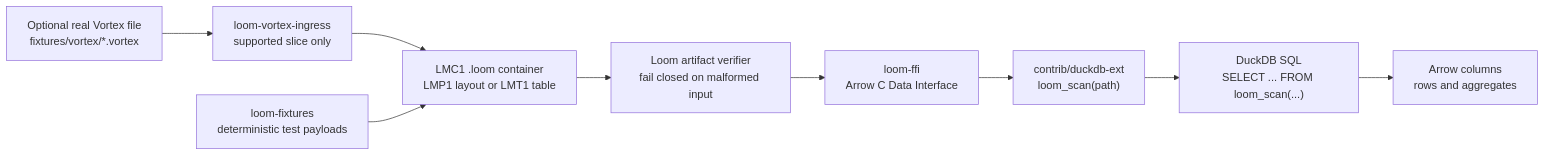
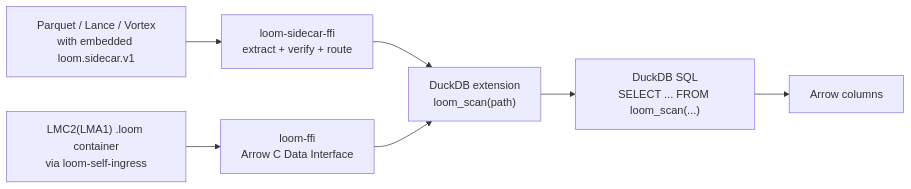
Before and after one commit to xunfeng1980/loom: the diagram in README.md, drawn with Mermaid. The commit also changed other lines of this file and 1 other file, not shown here.

````diff
--- a/README.md
+++ b/README.md
@@ -42,16 +110,13 @@
 ```mermaid
 flowchart LR
-    vortex["Optional real Vortex file<br/>fixtures/vortex/*.vortex"]
-    ingress["loom-vortex-ingress<br/>supported slice only"]
-    fixture["loom-fixtures<br/>deterministic test payloads"]
-    container["LMC1 .loom container<br/>LMP1 layout or LMT1 table"]
-    verifier["Loom artifact verifier<br/>fail closed on malformed input"]
+    parquet["Parquet / Lance / Vortex<br/>with embedded loom.sidecar.v1"]
+    sidecar_ffi["loom-sidecar-ffi<br/>extract + verify + route"]
+    container["LMC2(LMA1) .loom container<br/>via loom-self-ingress"]
     ffi["loom-ffi<br/>Arrow C Data Interface"]
-    duckext["contrib/duckdb-ext<br/>loom_scan(path)"]
+    duckext["DuckDB extension<br/>loom_scan(path)"]
     sql["DuckDB SQL<br/>SELECT ... FROM loom_scan(...)"]
-    result["Arrow columns<br/>rows and aggregates"]
+    result["Arrow columns"]
 
-    vortex --> ingress --> container
-    fixture --> container
-    container --> verifier --> ffi --> duckext --> sql --> result
+    parquet --> sidecar_ffi --> duckext --> sql --> result
+    container --> ffi --> duckext
 ```
````
